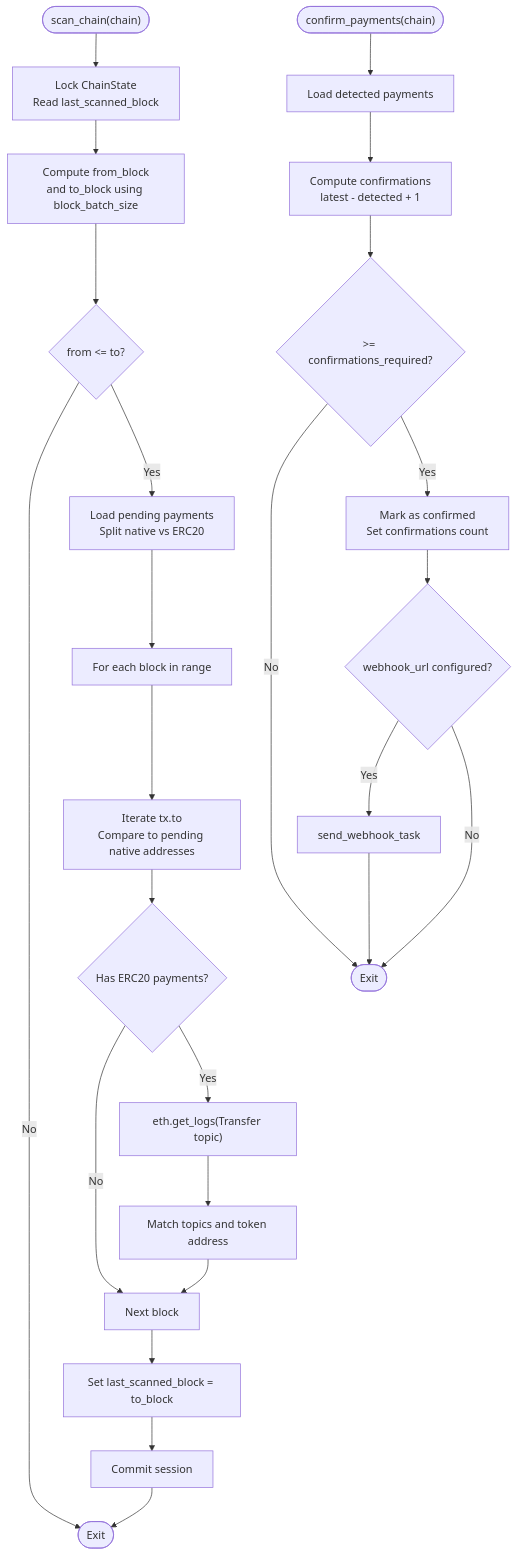
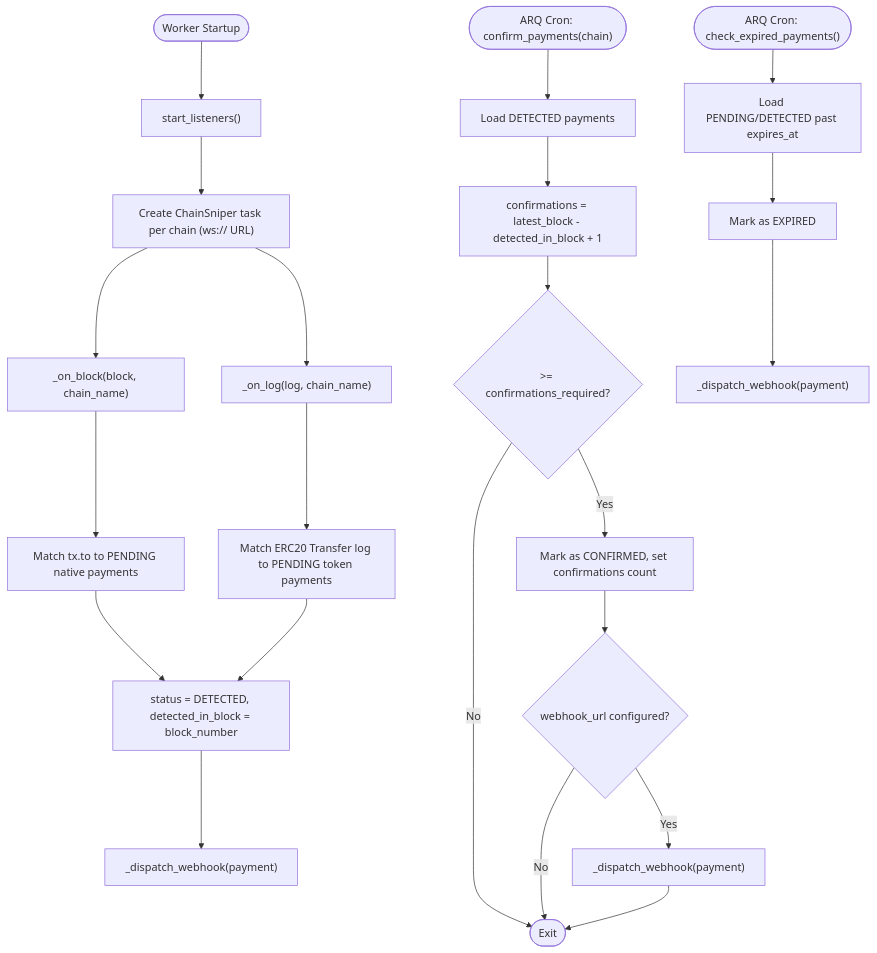
Before and after one commit to rakibhossain72/ctrip-docs: the third of 7 diagrams in docs/core-services/blockchain-scanner-service.md, drawn with Mermaid. The commit also changed other lines of this file and 25 other files, not shown here.

First line of the commit message:
docs: Update documentation to reflect ARQ task migration from Dramatiq

````diff
--- a/docs/core-services/blockchain-scanner-service.md
+++ b/docs/core-services/blockchain-scanner-service.md
@@ -199,27 +216,26 @@
 ```mermaid
 flowchart TD
-Start(["scan_chain(chain)"]) --> GetState["Lock ChainState<br/>Read last_scanned_block"]
-GetState --> ComputeRange["Compute from_block<br/>and to_block using block_batch_size"]
-ComputeRange --> HasRange{"from <= to?"}
-HasRange --> |No| End(["Exit"])
-HasRange --> |Yes| LoadPayments["Load pending payments<br/>Split native vs ERC20"]
-LoadPayments --> LoopBlocks["For each block in range"]
-LoopBlocks --> NativeCheck["Iterate tx.to<br/>Compare to pending native addresses"]
-NativeCheck --> ERC20Check{"Has ERC20 payments?"}
-ERC20Check --> |No| NextBlock["Next block"]
-ERC20Check --> |Yes| Logs["eth.get_logs(Transfer topic)"]
-Logs --> MatchLogs["Match topics and token address"]
-MatchLogs --> NextBlock
-NextBlock --> UpdateState["Set last_scanned_block = to_block"]
-UpdateState --> Commit["Commit session"]
-Commit --> End
-ConfirmStart(["confirm_payments(chain)"]) --> LoadDetected["Load detected payments"]
-LoadDetected --> CheckConf["Compute confirmations<br/>latest - detected + 1"]
+WorkerStart(["Worker Startup"]) --> StartListeners["start_listeners()"]
+StartListeners --> CreateSniper["Create ChainSniper task per chain (ws:// URL)"]
+CreateSniper --> OnBlock["_on_block(block, chain_name)"]
+CreateSniper --> OnLog["_on_log(log, chain_name)"]
+OnBlock --> MatchNative["Match tx.to to PENDING native payments"]
+OnLog --> MatchERC20["Match ERC20 Transfer log to PENDING token payments"]
+MatchNative --> SetDetected["status = DETECTED, detected_in_block = block_number"]
+MatchERC20 --> SetDetected
+SetDetected --> DispatchWebhook["_dispatch_webhook(payment)"]
+
+ConfirmStart(["ARQ Cron: confirm_payments(chain)"]) --> LoadDetected["Load DETECTED payments"]
+LoadDetected --> CheckConf["confirmations = latest_block - detected_in_block + 1"]
 CheckConf --> Threshold{">= confirmations_required?"}
 Threshold --> |No| ConfirmEnd(["Exit"])
-Threshold --> |Yes| MarkConfirmed["Mark as confirmed<br/>Set confirmations count"]
+Threshold --> |Yes| MarkConfirmed["Mark as CONFIRMED, set confirmations count"]
 MarkConfirmed --> Webhook{"webhook_url configured?"}
-Webhook --> |Yes| SendHook["send_webhook_task"]
+Webhook --> |Yes| SendHook["_dispatch_webhook(payment)"]
 Webhook --> |No| ConfirmEnd
 SendHook --> ConfirmEnd
+
+ExpireStart(["ARQ Cron: check_expired_payments()"]) --> LoadExpired["Load PENDING/DETECTED past expires_at"]
+LoadExpired --> MarkExpired["Mark as EXPIRED"]
+MarkExpired --> DispatchExpiredWebhook["_dispatch_webhook(payment)"]
 ```
````
